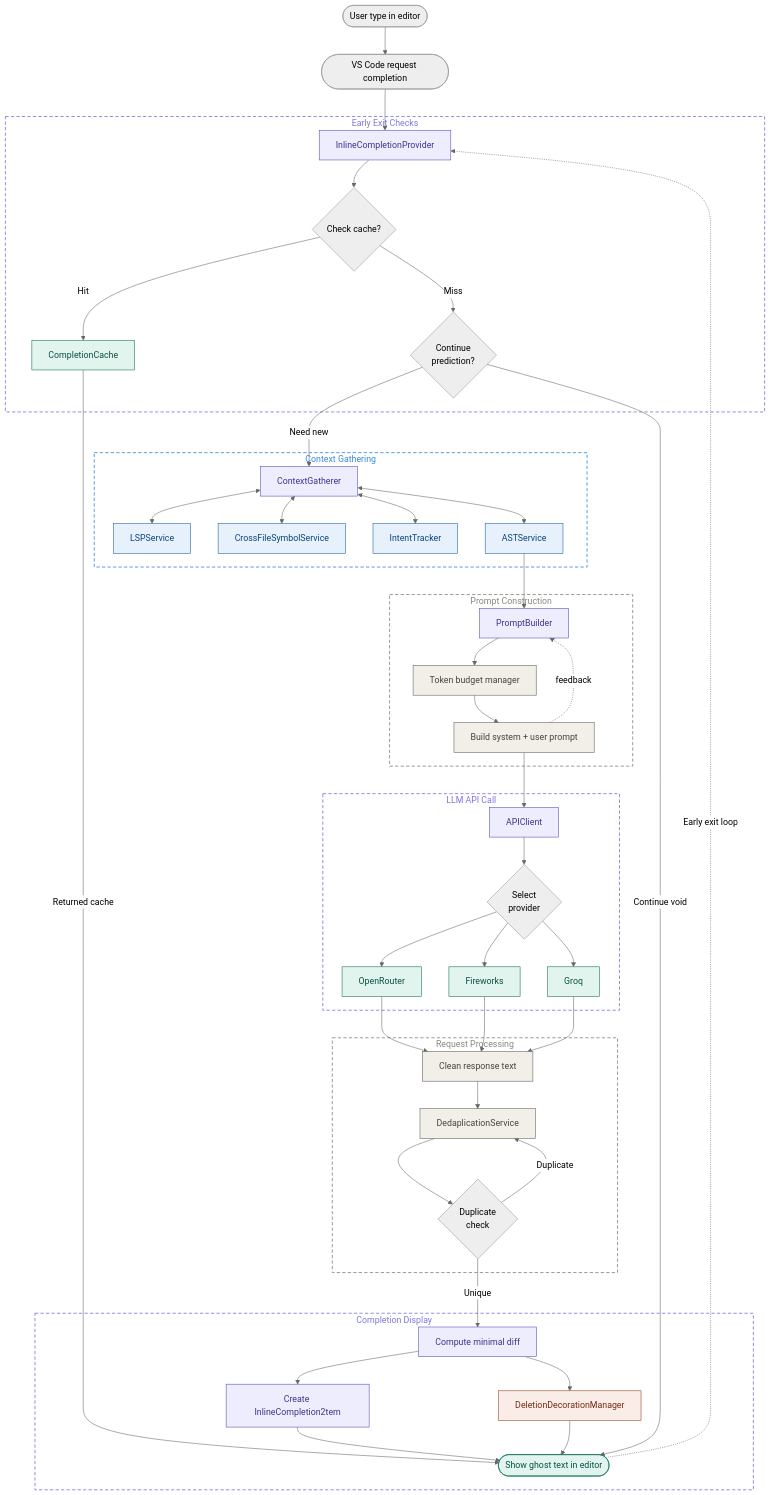
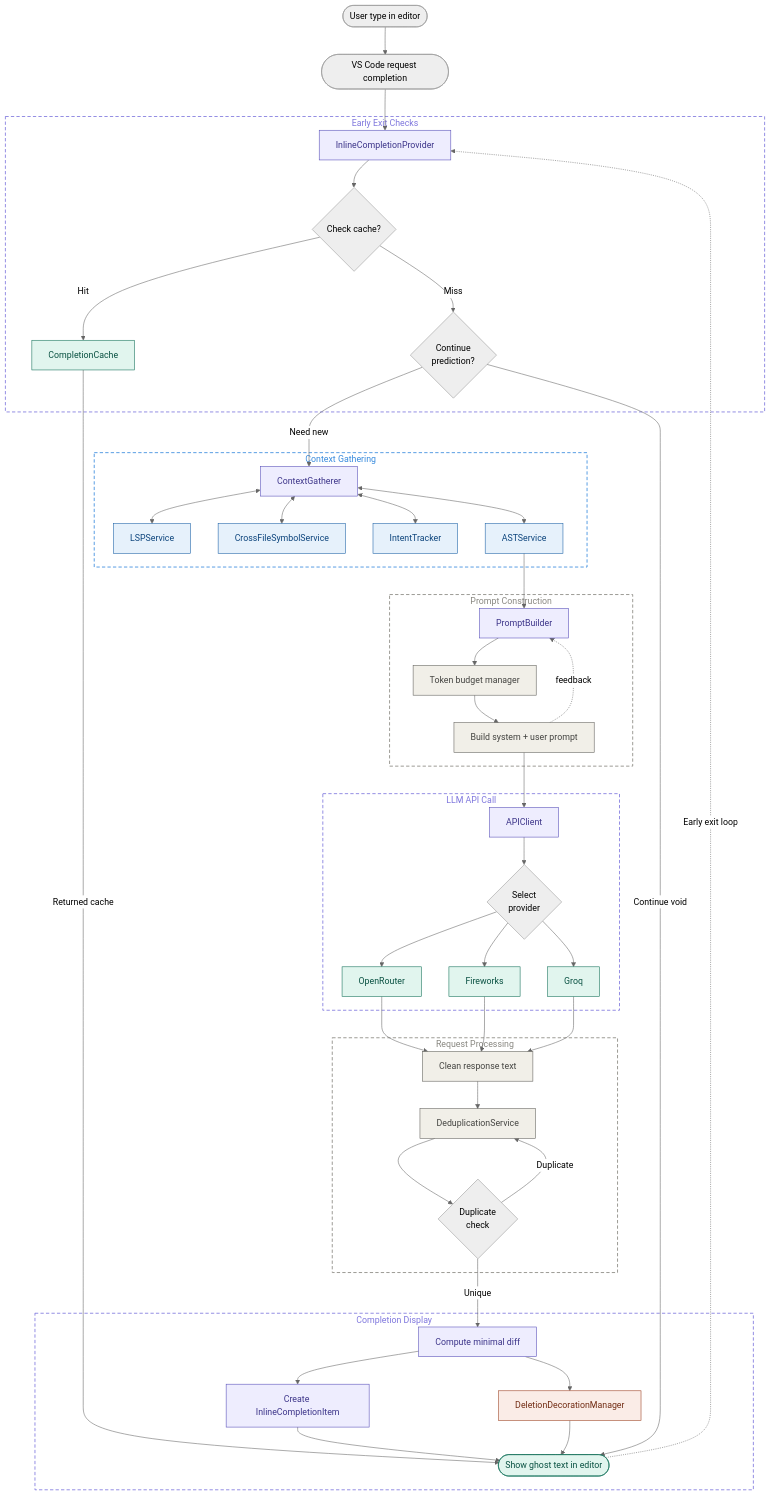
One commit to Ashlok2003/deeptab changed the diagram in architecture.md. Above: the diagram before and after it, drawn with Mermaid (neutral theme). The commit also changed 5 other files, not shown here.

```diff
--- a/architecture.md
+++ b/architecture.md
@@ -35,14 +35,14 @@
 
     subgraph RequestProcessing["Request Processing"]
         T[Clean response text]
-        T --> U[DedaplicationService]
+        T --> U[DeduplicationService]
         U --> V{Duplicate\ncheck}
         V -->|Duplicate| U
     end
 
     subgraph CompletionDisplay["Completion Display"]
         W[Compute minimal diff]
-        W --> X[Create InlineCompletion2tem]
+        W --> X[Create InlineCompletionItem]
         W --> Y[DeletionDecorationManager]
         X --> Z([Show ghost text in editor])
         Y --> Z
```
